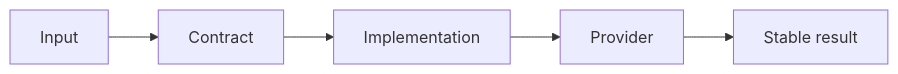
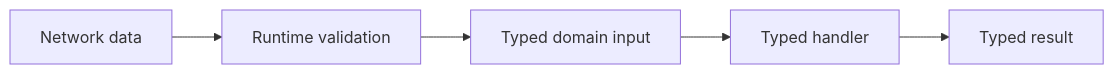
The diagram in path/to/docs/reference/types.mdx (jeffersoncampos12p-dev/jeston), drawn with Mermaid before and after one commit. The commit also changed other lines of this file and 31 other files, not shown here.

````diff
--- a/path/to/docs/reference/types.mdx
+++ b/path/to/docs/reference/types.mdx
@@ -88,7 +51,7 @@
 ```mermaid placement="top-right"
 flowchart LR
-    input[Input] --> contract[Contract]
-    contract --> implementation[Implementation]
-    implementation --> provider[Provider]
-    provider --> result[Stable result]
+    wire[Network data] --> parse[Runtime validation]
+    parse --> typed[Typed domain input]
+    typed --> handler[Typed handler]
+    handler --> result[Typed result]
 ```
````
